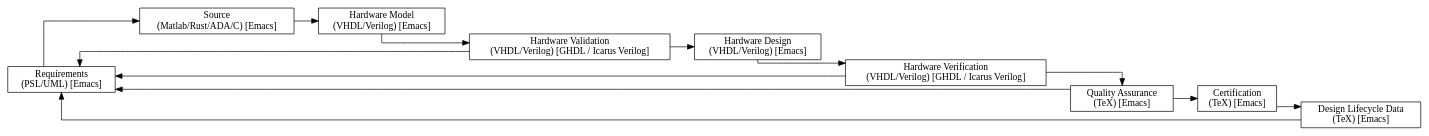
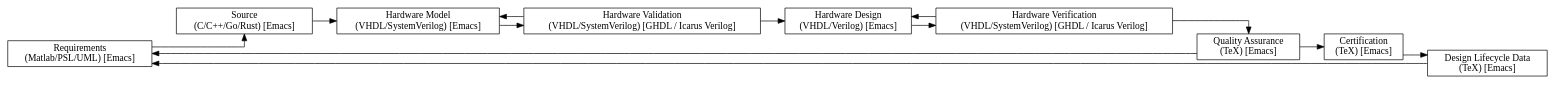
One commit to PacoReinaCampo/MPSoC-OR1K changed the diagram in doc/book/assets/chapter2/hardware-project.dot. Above: the diagram before and after it, drawn with Graphviz. The commit also changed 338 other files, not shown here.

```diff
--- a/doc/book/assets/chapter2/hardware-project.dot
+++ b/doc/book/assets/chapter2/hardware-project.dot
@@ -1,32 +1,32 @@
 digraph Project {
   // Introduction
   graph [rankdir = LR, splines=ortho];
   node[shape=record];
 
   // Blocks
-  Requirements[label="Requirements \n(PSL/UML) [Emacs]"];
-  Source[label="Source \n(Matlab/Rust/ADA/C) [Emacs]"];
-  Model[label="Hardware Model \n(VHDL/Verilog) [Emacs]"];
-  Validation[label="Hardware Validation \n(VHDL/Verilog) [GHDL / Icarus Verilog]"];
+  Requirements[label="Requirements \n(Matlab/PSL/UML) [Emacs]"];
+  Source[label="Source \n(C/C++/Go/Rust) [Emacs]"];
+  Model[label="Hardware Model \n(VHDL/SystemVerilog) [Emacs]"];
+  Validation[label="Hardware Validation \n(VHDL/SystemVerilog) [GHDL / Icarus Verilog]"];
   Design[label="Hardware Design \n(VHDL/Verilog) [Emacs]"];
-  Verification[label="Hardware Verification \n(VHDL/Verilog) [GHDL / Icarus Verilog]"];
+  Verification[label="Hardware Verification \n(VHDL/SystemVerilog) [GHDL / Icarus Verilog]"];
   Quality[label="Quality Assurance \n(TeX) [Emacs]"];
   Certification[label="Certification \n(TeX) [Emacs]"];
   Lifecycle[label="Design Lifecycle Data \n(TeX) [Emacs]"];
 
   // Sequence
   Requirements -> Source;
   Source -> Model;
   Model -> Validation;
   Validation -> Design;
   Design -> Verification;
   Verification -> Quality;
   Quality -> Certification;
   Certification -> Lifecycle;
   Lifecycle -> Requirements;
 
   // Feedback
-  Validation -> Requirements;
-  Verification -> Requirements;
+  Validation -> Model;
+  Verification -> Design;
   Quality -> Requirements;
 }
```
